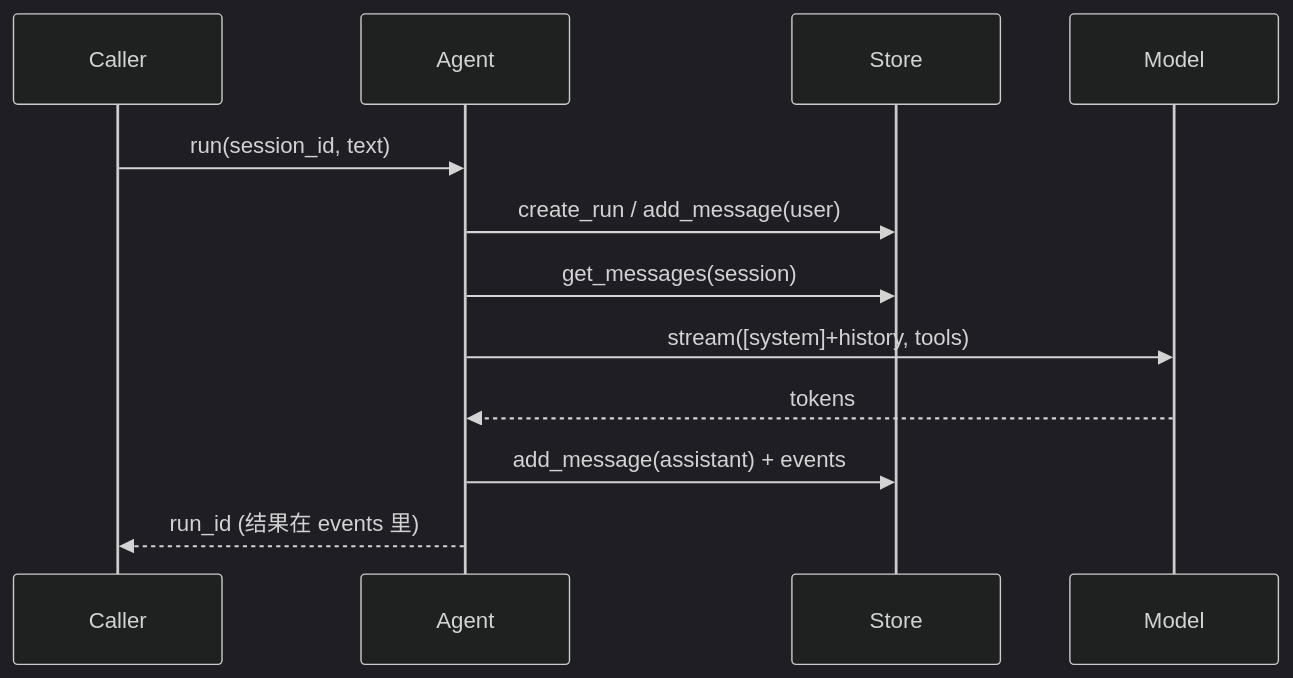
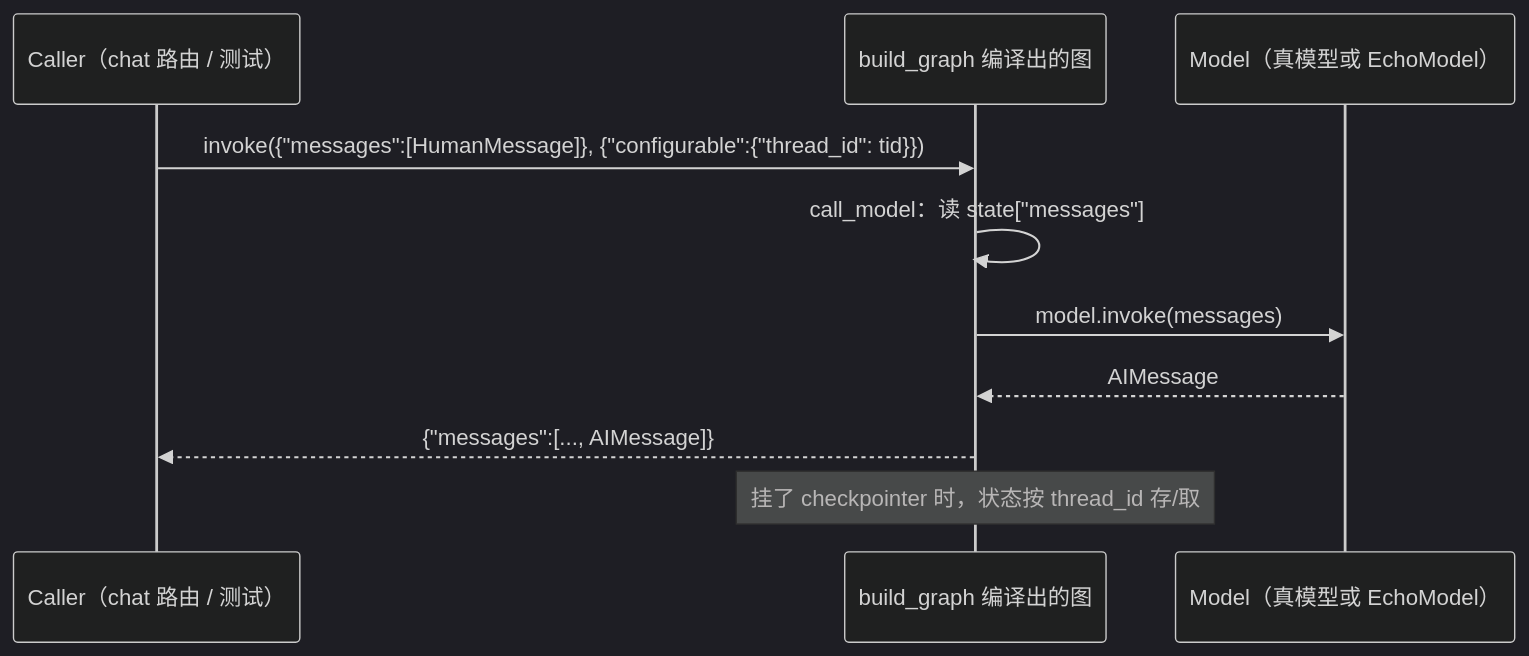
The diagram in work-agent-harness/doc/evoflow-学习规划/01-最小闭环/02-Agent与单轮执行.md (G0-000/agent-book), drawn with Mermaid (dark theme) before and after one commit. The commit also changed other lines of this file and 2 other files, not shown here.

Commit message:
docs(ch2): 用真实 graph.py 替换虚构 Agent 类，补代码实现状态表

````diff
--- a/work-agent-harness/doc/evoflow-学习规划/01-最小闭环/02-Agent与单轮执行.md
+++ b/work-agent-harness/doc/evoflow-学习规划/01-最小闭环/02-Agent与单轮执行.md
@@ -22,14 +22,12 @@
 ```mermaid
 sequenceDiagram
-    participant C as Caller
-    participant A as Agent
-    participant S as Store
-    participant M as Model
-    C->>A: run(session_id, text)
-    A->>S: create_run / add_message(user)
-    A->>S: get_messages(session)
-    A->>M: stream([system]+history, tools)
-    M-->>A: tokens
-    A->>S: add_message(assistant) + events
-    A-->>C: run_id (结果在 events 里)
+    participant C as Caller（chat 路由 / 测试）
+    participant G as build_graph 编译出的图
+    participant M as Model（真模型或 EchoModel）
+    C->>G: invoke({"messages":[HumanMessage]}, {"configurable":{"thread_id": tid}})
+    G->>G: call_model：读 state["messages"]
+    G->>M: model.invoke(messages)
+    M-->>G: AIMessage
+    G-->>C: {"messages":[..., AIMessage]}
+    Note over G: 挂了 checkpointer 时，状态按 thread_id 存/取
 ```
````
